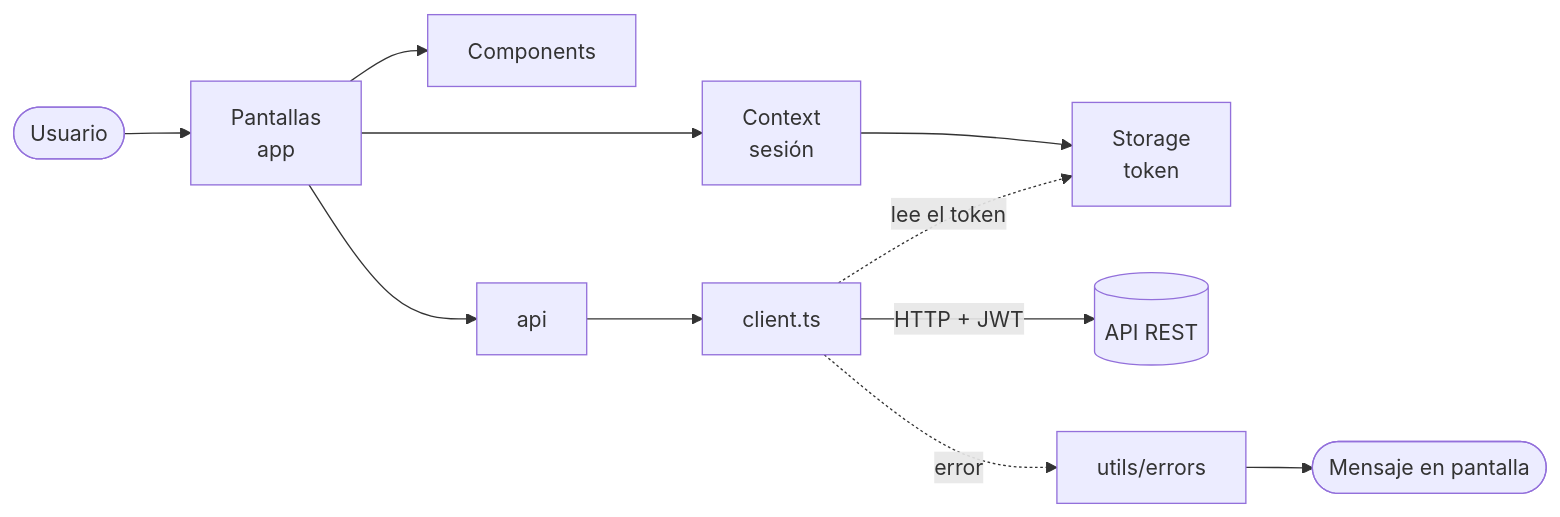
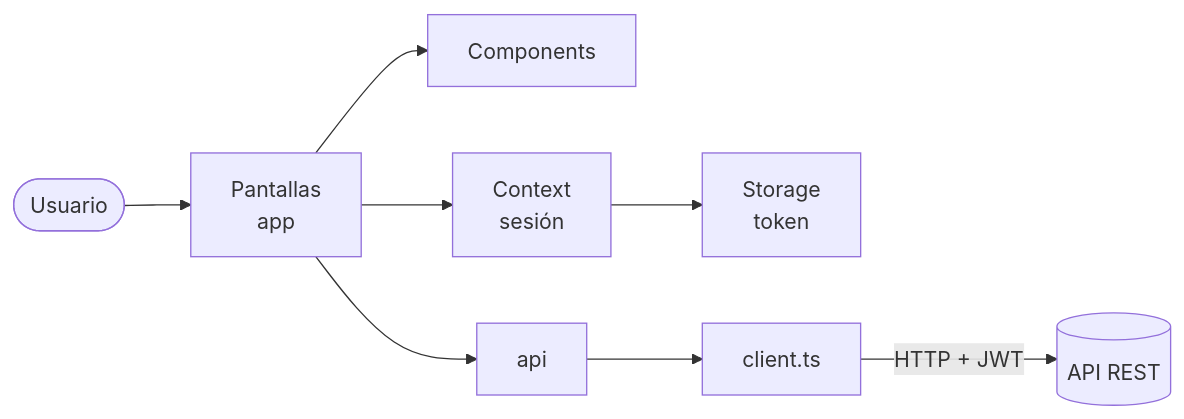
Before and after one commit to marielvcmr/recipes_app: the diagram in frontend/README.md, drawn with Mermaid. The commit also changed other lines of this file and 6 other files, not shown here.

````diff
--- a/frontend/README.md
+++ b/frontend/README.md
@@ -64,9 +33,6 @@
 ```mermaid
 flowchart LR
     U(["Usuario"]) --> P["Pantallas<br/>app"] --> CMP["Components"]
     P --> CTX["Context<br/>sesión"] --> ST["Storage<br/>token"]
     P --> API["api"] --> CL["client.ts"] -- "HTTP + JWT" --> BE[("API REST")]
-    CL -. lee el token .-> ST
-    CL -. error .-> ERR["utils/errors"]
-    ERR --> MSG(["Mensaje en pantalla"])
 ```
````
